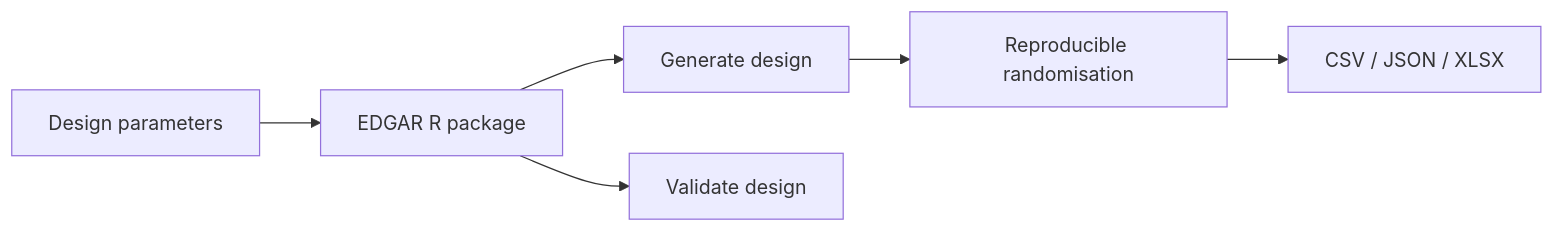
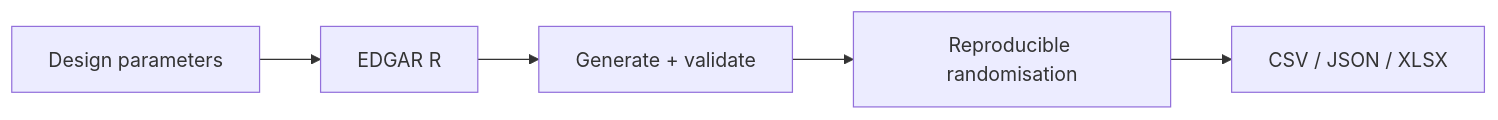
Before and after one commit to rotsl/rotsl.r-universe.dev: the fourth of 5 diagrams in README.md, drawn with Mermaid. The commit also changed other lines of this file, not shown here.

````diff
--- a/README.md
+++ b/README.md
@@ -321,8 +194,7 @@
-``` mermaid
+```mermaid
 flowchart LR
-    A["Design parameters"] --> B["EDGAR R package"]
-    B --> C["Generate design"]
-    B --> D["Validate design"]
-    C --> E["Reproducible randomisation"]
-    E --> F["CSV / JSON / XLSX"]
+    A["Design parameters"] --> B["EDGAR R"]
+    B --> C["Generate + validate"]
+    C --> D["Reproducible randomisation"]
+    D --> E["CSV / JSON / XLSX"]
 ```
````
